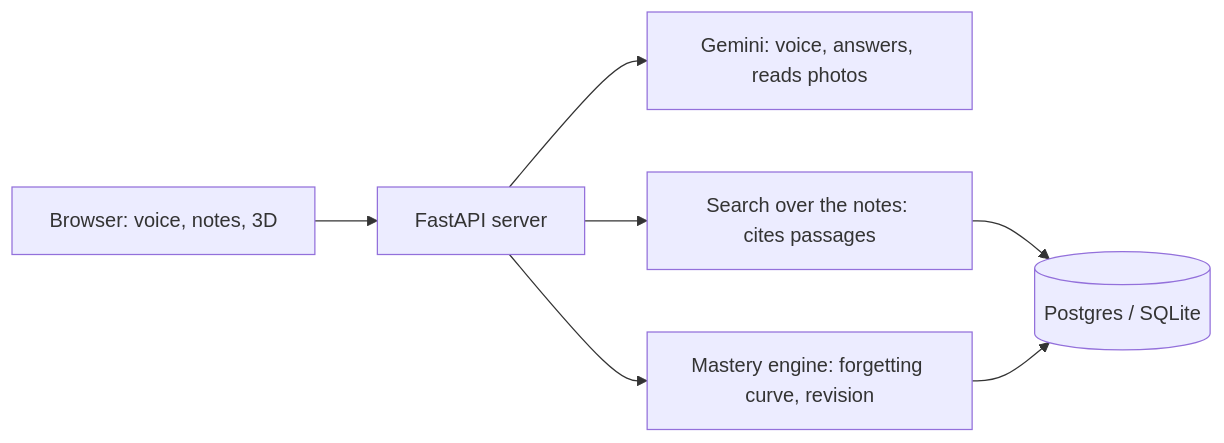
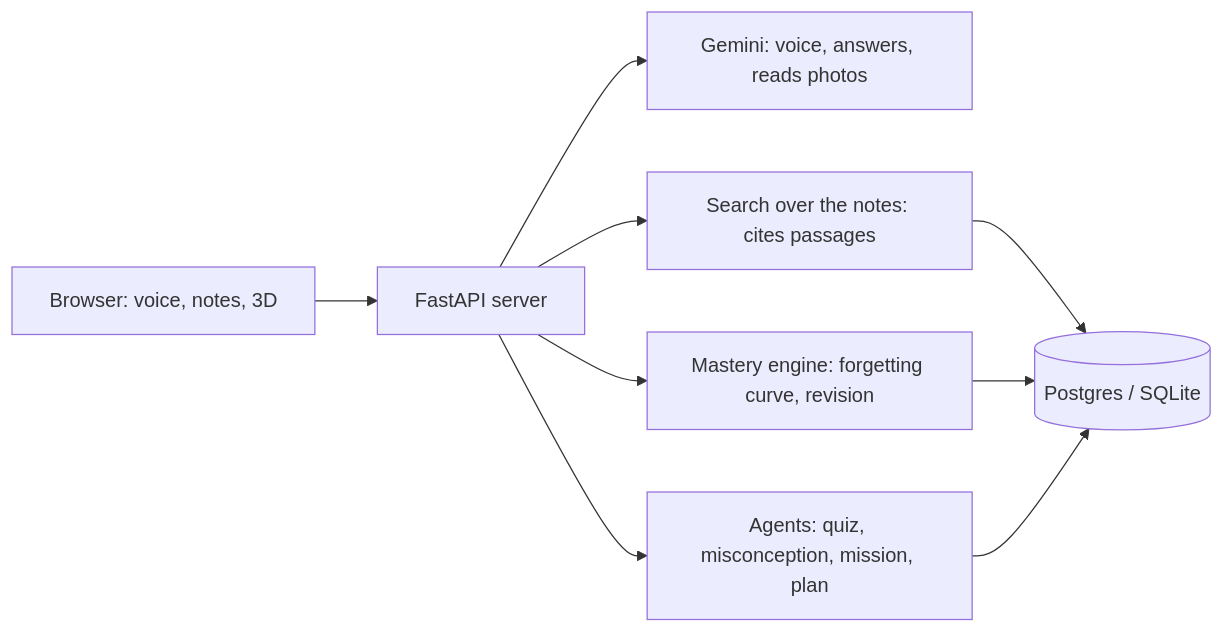
Before and after one commit to visheshpandey/Eklavya: the diagram in readme.md, drawn with Mermaid. The commit also changed other lines of this file and 64 other files, not shown here.

````diff
--- a/readme.md
+++ b/readme.md
@@ -24,9 +55,11 @@
 ```mermaid
 flowchart LR
   B["Browser: voice, notes, 3D"] --> API["FastAPI server"]
   API --> G["Gemini: voice, answers, reads photos"]
   API --> R["Search over the notes: cites passages"]
   API --> M["Mastery engine: forgetting curve, revision"]
+  API --> A["Agents: quiz, misconception, mission, plan"]
   R --> DB[("Postgres / SQLite")]
   M --> DB
+  A --> DB
 ```
````
